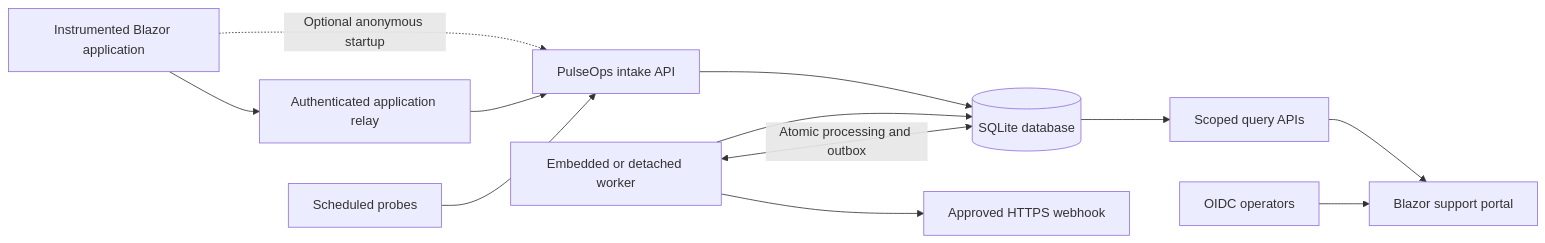
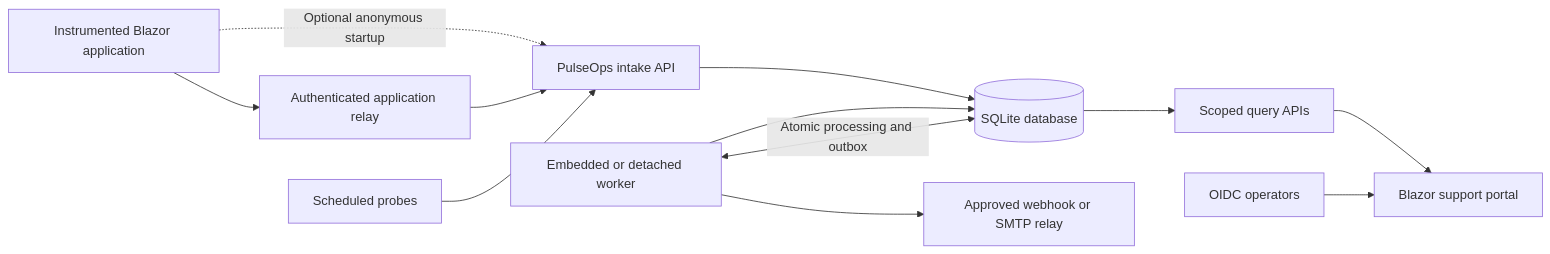
The first of 2 diagrams in README.md (MaxRecursion/PulseOps), drawn with Mermaid before and after one commit. The commit also changed other lines of this file and 29 other files, not shown here.

````diff
--- a/README.md
+++ b/README.md
@@ -44,14 +67,14 @@
 ```mermaid
 flowchart LR
     Browser[Instrumented Blazor application] --> Relay[Authenticated application relay]
     Browser -. Optional anonymous startup .-> Intake
     Relay --> Intake[PulseOps intake API]
     Intake --> SQLite[(SQLite database)]
     Worker[Embedded or detached worker] --> SQLite
     Worker <-->|Atomic processing and outbox| SQLite
     SQLite --> APIs[Scoped query APIs]
     APIs --> Portal[Blazor support portal]
-    Worker --> Webhook[Approved HTTPS webhook]
+    Worker --> Webhook[Approved webhook or SMTP relay]
     Operators[OIDC operators] --> Portal
     Probe[Scheduled probes] --> Intake
 ```
````
